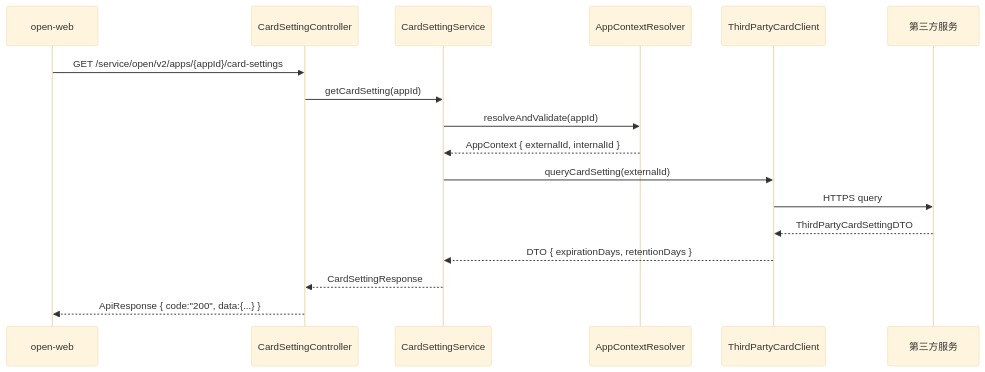
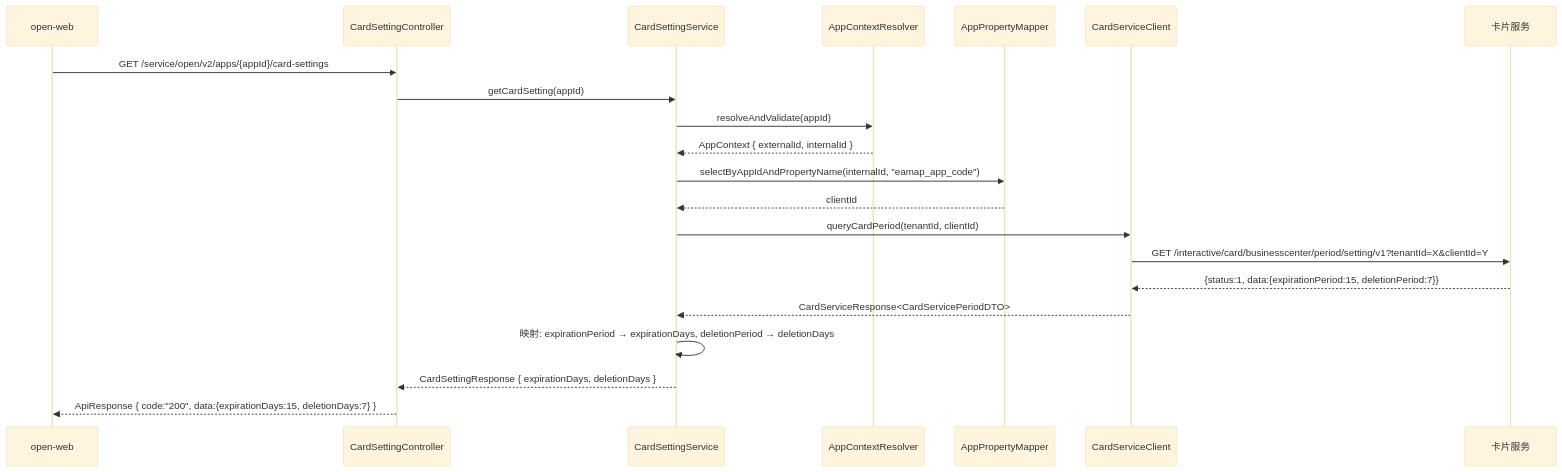
Before and after one commit to THZSummer/open-app: the fourth of 6 diagrams in docs/card-setting-requirement.md, drawn with Mermaid (base theme). The commit also changed other lines of this file and 2 other files, not shown here.

First line of the commit message:
docs(card-setting): 卡片设置板块文档对齐到 v0.5/v1.1

````diff
--- a/docs/card-setting-requirement.md
+++ b/docs/card-setting-requirement.md
@@ -344,20 +395,24 @@
 ```mermaid
 sequenceDiagram
     participant FE as open-web
     participant CS as CardSettingController
     participant SV as CardSettingService
     participant AR as AppContextResolver
-    participant TC as ThirdPartyCardClient
-    participant TP as 第三方服务
+    participant AP as AppPropertyMapper
+    participant TC as CardServiceClient
+    participant CSvc as 卡片服务
 
     FE->>CS: GET /service/open/v2/apps/{appId}/card-settings
     CS->>SV: getCardSetting(appId)
     SV->>AR: resolveAndValidate(appId)
     AR-->>SV: AppContext { externalId, internalId }
-    SV->>TC: queryCardSetting(externalId)
-    TC->>TP: HTTPS query
-    TP-->>TC: ThirdPartyCardSettingDTO
-    TC-->>SV: DTO { expirationDays, retentionDays }
-    SV-->>CS: CardSettingResponse
-    CS-->>FE: ApiResponse { code:"200", data:{...} }
+    SV->>AP: selectByAppIdAndPropertyName(internalId, "eamap_app_code")
+    AP-->>SV: clientId
+    SV->>TC: queryCardPeriod(tenantId, clientId)
+    TC->>CSvc: GET /interactive/card/businesscenter/period/setting/v1?tenantId=X&clientId=Y
+    CSvc-->>TC: {status:1, data:{expirationPeriod:15, deletionPeriod:7}}
+    TC-->>SV: CardServiceResponse<CardServicePeriodDTO>
+    SV->>SV: 映射: expirationPeriod → expirationDays, deletionPeriod → deletionDays
+    SV-->>CS: CardSettingResponse { expirationDays, deletionDays }
+    CS-->>FE: ApiResponse { code:"200", data:{expirationDays:15, deletionDays:7} }
 ```
````
